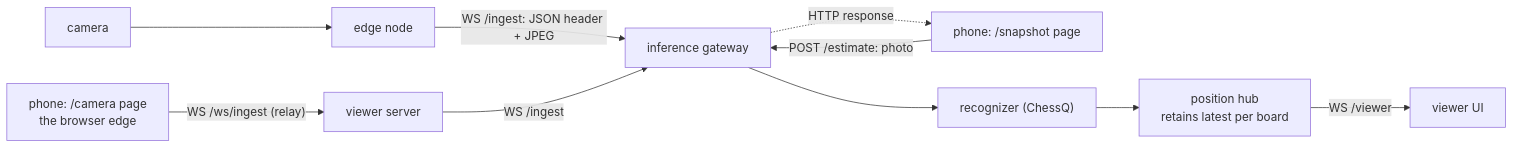
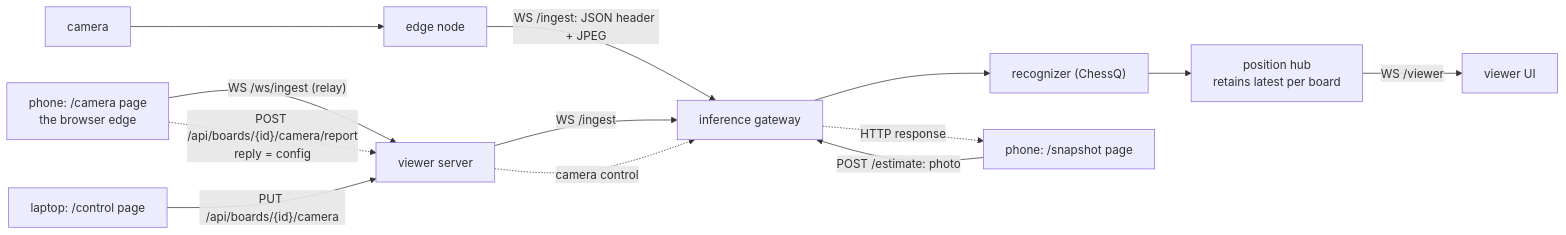
The diagram in docs/architecture.md (membranepotential/board-reader), drawn with Mermaid before and after one commit. The commit also changed other lines of this file, not shown here.

First line of the commit message:
docs(architecture): the dumb-camera phone and its control channel

````diff
--- a/docs/architecture.md
+++ b/docs/architecture.md
@@ -38,12 +38,15 @@
 ```mermaid
 flowchart LR
   cam[camera] --> edge[edge node]
   edge -->|WS /ingest: JSON header + JPEG| gw[inference gateway]
   camphone[phone: /camera page<br/>the browser edge] -->|"WS /ws/ingest (relay)"| vw[viewer server]
   vw -->|WS /ingest| gw
+  laptop[laptop: /control page] -->|"PUT /api/boards/{id}/camera"| vw
+  camphone -.->|"POST /api/boards/{id}/camera/report<br/>reply = config"| vw
+  vw -.->|camera control| gw
   phone[phone: /snapshot page] -->|POST /estimate: photo| gw
   gw --> rec["recognizer (ChessQ)"]
   rec --> hub[position hub<br/>retains latest per board]
   hub -->|WS /viewer| viewer[viewer UI]
   gw -.->|HTTP response| phone
 ```
````
